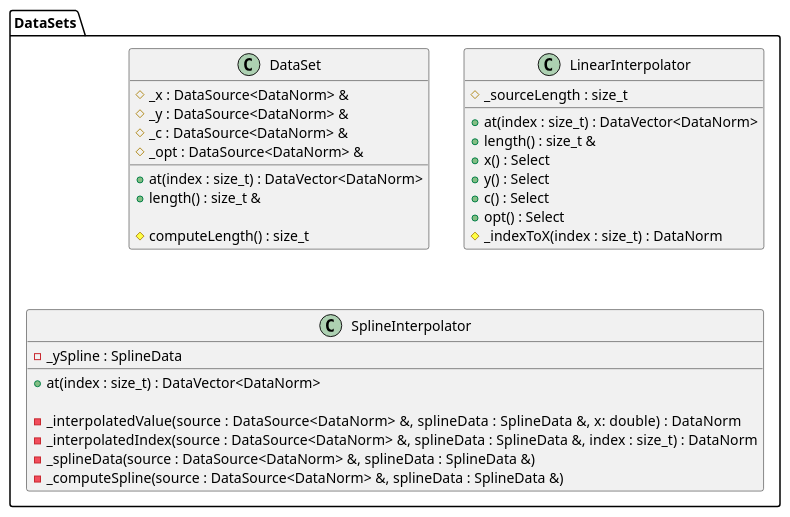
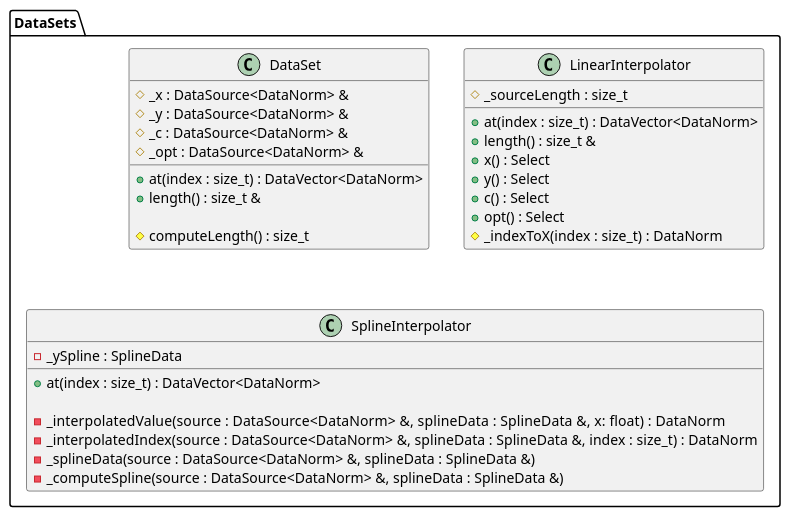
The diagram in dataset.puml (cattanimarco/Grafici-GFX), drawn with PlantUML before and after one commit. The commit also changed 10 other files, not shown here.

```diff
--- a/dataset.puml
+++ b/dataset.puml
@@ -1,52 +1,52 @@
 @startuml
 set namespaceSeparator ::
 
 class DataSets::DataSet
 {
 	+ at(index : size_t) : DataVector<DataNorm>
 	+ length() : size_t &
 
   	# computeLength() : size_t 
 	# _x : DataSource<DataNorm> &
 	# _y : DataSource<DataNorm> &
 	# _c : DataSource<DataNorm> &
 	# _opt : DataSource<DataNorm> &
 }
 
 class DataSets::LinearInterpolator
 {
 	+ at(index : size_t) : DataVector<DataNorm>
 	+ length() : size_t &
 	+ x() : Select
 	+ y() : Select
 	+ c() : Select
 	+ opt() : Select
 
 	# _sourceLength : size_t
 	# _indexToX(index : size_t) : DataNorm
 }
 
 class DataSets::SplineInterpolator
 {
 	+ at(index : size_t) : DataVector<DataNorm>
 
-	- _interpolatedValue(source : DataSource<DataNorm> &, splineData :  SplineData &,  x:  double) : DataNorm
+	- _interpolatedValue(source : DataSource<DataNorm> &, splineData :  SplineData &,  x:  float) : DataNorm
 	- _interpolatedIndex(source : DataSource<DataNorm> &, splineData : SplineData &,  index : size_t) : DataNorm
 	- _splineData(source : DataSource<DataNorm> &, splineData : SplineData &)
 	- _computeSpline(source : DataSource<DataNorm> &, splineData : SplineData &)
 	- _ySpline : SplineData
 }
 
 ' -struct SplineData
 ' {
 	' 	Range<DataNorm> limits{ 1, 0 };
 	' 	DataNorm *b{ nullptr };
 	' 	DataNorm *c{ nullptr };
 	' 	DataNorm *d{ nullptr };
 	'
 
 
 ' class DataSet : public DataSources::DataSource<DataVector<DataNorm>>
 ' SplineInterpolator public LinearInterpolator
 
 @enduml
```
